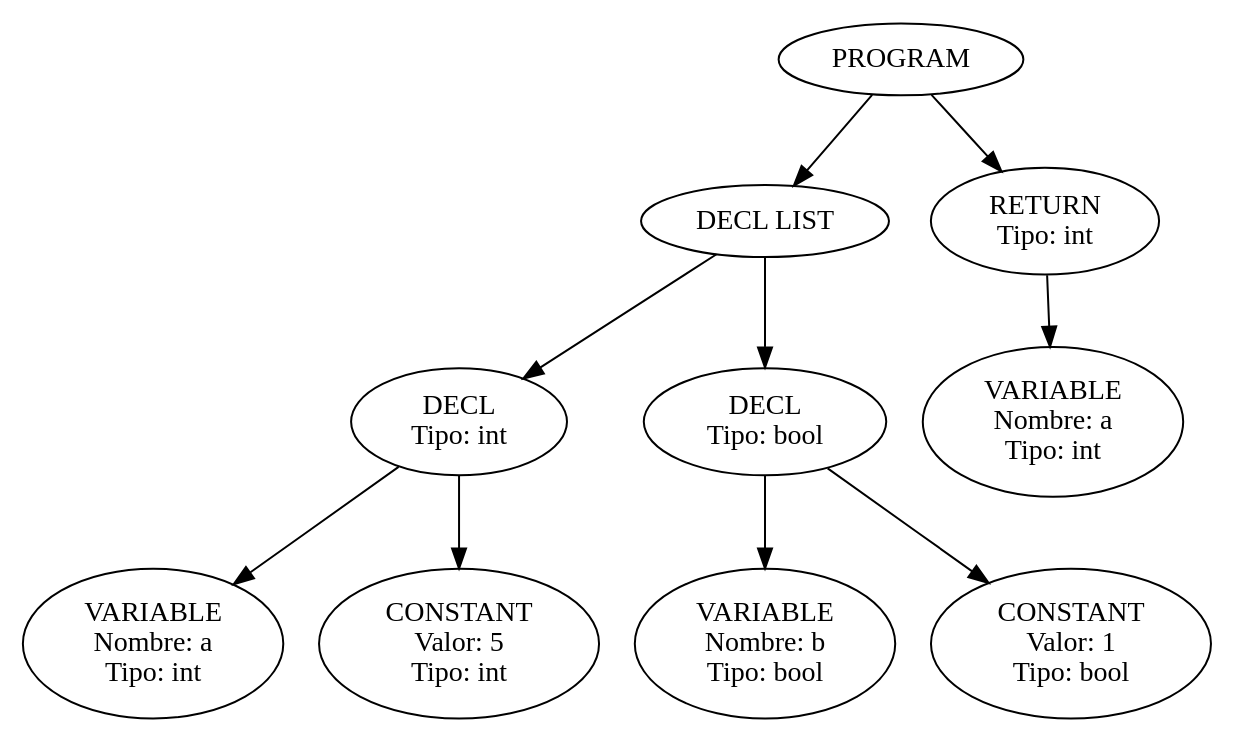
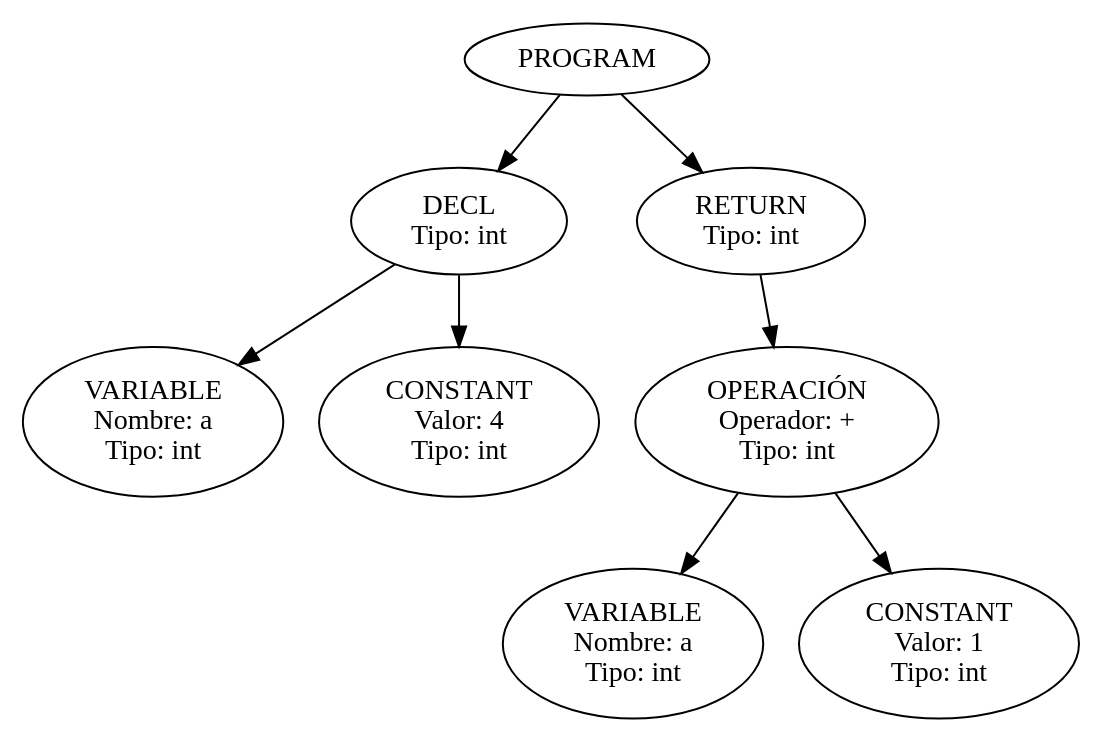
Before and after one commit to LucioMansilla/loopi_compiler: the diagram in ast.dot, drawn with Graphviz. The commit also changed 1 other file, not shown here.

```diff
--- a/ast.dot
+++ b/ast.dot
@@ -1,21 +1,17 @@
 digraph AST {
   0 [label="PROGRAM"];
-  1 [label="DECL LIST"];
-  2 [label="DECL\nTipo: int"];
-  3 [label="VARIABLE\nNombre: a\nTipo: int"];
-  2 -> 3;
-  4 [label="CONSTANT\nValor: 5\nTipo: int"];
-  2 -> 4;
+  1 [label="DECL\nTipo: int"];
+  2 [label="VARIABLE\nNombre: a\nTipo: int"];
   1 -> 2;
-  5 [label="DECL\nTipo: bool"];
-  6 [label="VARIABLE\nNombre: b\nTipo: bool"];
+  3 [label="CONSTANT\nValor: 4\nTipo: int"];
+  1 -> 3;
+  0 -> 1;
+  4 [label="RETURN\nTipo: int"];
+  5 [label="OPERACIÓN\nOperador: +\nTipo: int"];
+  6 [label="VARIABLE\nNombre: a\nTipo: int"];
   5 -> 6;
-  7 [label="CONSTANT\nValor: 1\nTipo: bool"];
+  7 [label="CONSTANT\nValor: 1\nTipo: int"];
   5 -> 7;
-  1 -> 5;
-  0 -> 1;
-  8 [label="RETURN\nTipo: int"];
-  9 [label="VARIABLE\nNombre: a\nTipo: int"];
-  8 -> 9;
-  0 -> 8;
+  4 -> 5;
+  0 -> 4;
 }
```
